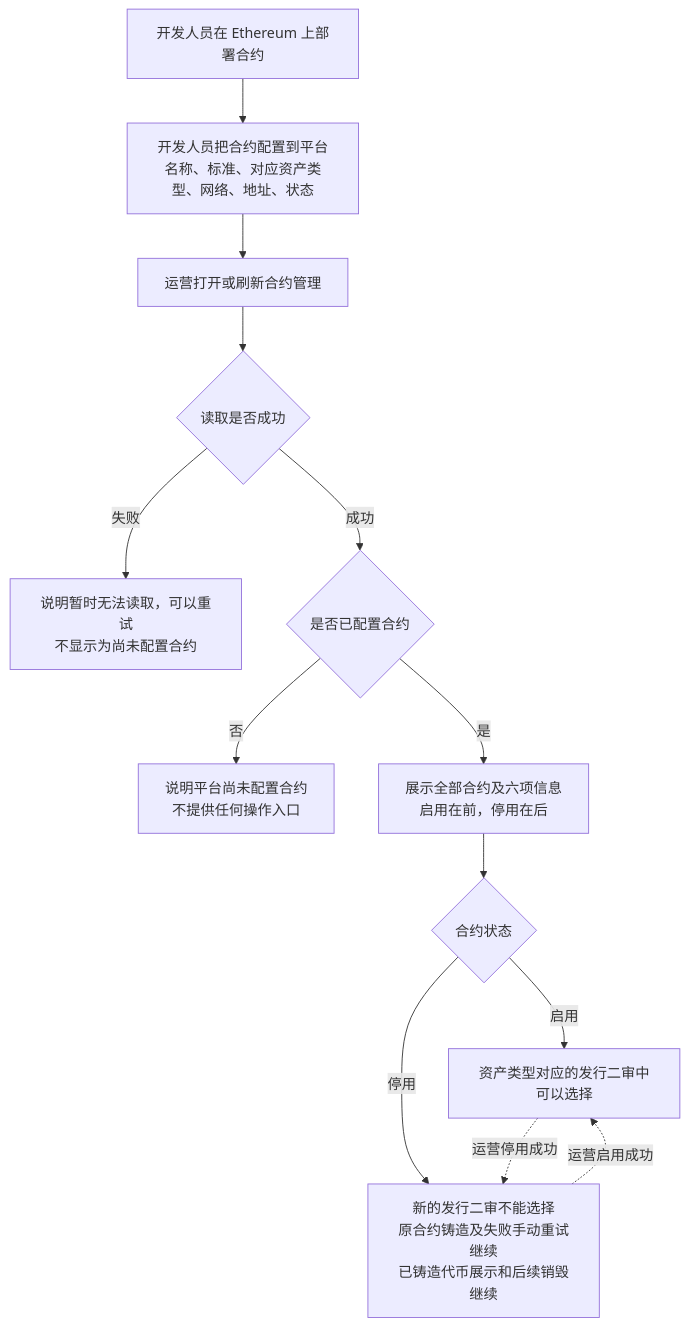
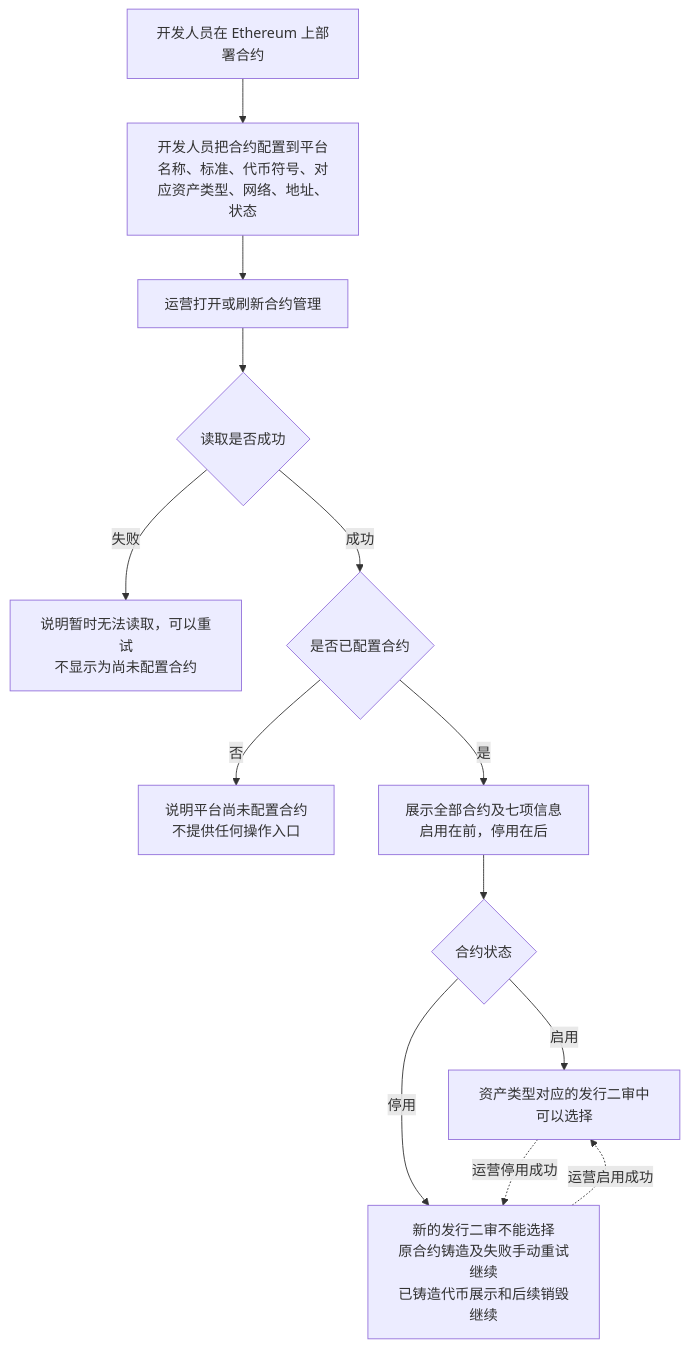
Before and after one commit to wxblockchain/Chain-Financing: the first of 4 diagrams in token-issuance-platform/PRD/管理端/M6-合约管理/02-合约管理-流程图与状态机.md, drawn with Mermaid. The commit also changed 2 other files, not shown here.

Commit message:
prd(WS-512): add read-only token symbol (tentatively cou) to contract info

````diff
--- a/token-issuance-platform/PRD/管理端/M6-合约管理/02-合约管理-流程图与状态机.md
+++ b/token-issuance-platform/PRD/管理端/M6-合约管理/02-合约管理-流程图与状态机.md
@@ -19,15 +19,15 @@
 ```mermaid
 flowchart TD
-    A[开发人员在 Ethereum 上部署合约] --> B[开发人员把合约配置到平台<br/>名称、标准、对应资产类型、网络、地址、状态]
+    A[开发人员在 Ethereum 上部署合约] --> B[开发人员把合约配置到平台<br/>名称、标准、代币符号、对应资产类型、网络、地址、状态]
     B --> C[运营打开或刷新合约管理]
     C --> D{读取是否成功}
     D -->|失败| D1[说明暂时无法读取，可以重试<br/>不显示为尚未配置合约]
     D -->|成功| E{是否已配置合约}
     E -->|否| E1[说明平台尚未配置合约<br/>不提供任何操作入口]
-    E -->|是| F[展示全部合约及六项信息<br/>启用在前，停用在后]
+    E -->|是| F[展示全部合约及七项信息<br/>启用在前，停用在后]
     F --> G{合约状态}
     G -->|启用| H[资产类型对应的发行二审中可以选择]
     G -->|停用| I[新的发行二审不能选择<br/>原合约铸造及失败手动重试继续<br/>已铸造代币展示和后续销毁继续]
     H -.运营停用成功.-> I
     I -.运营启用成功.-> H
 ```
````
